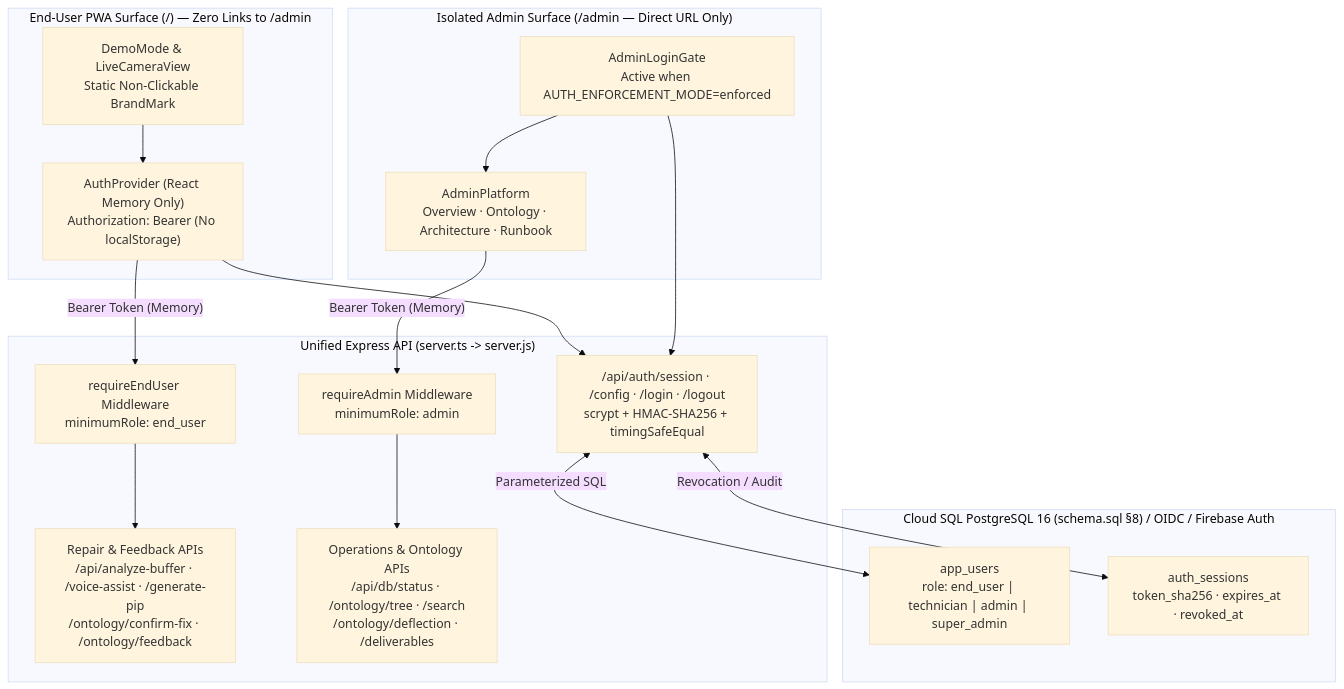
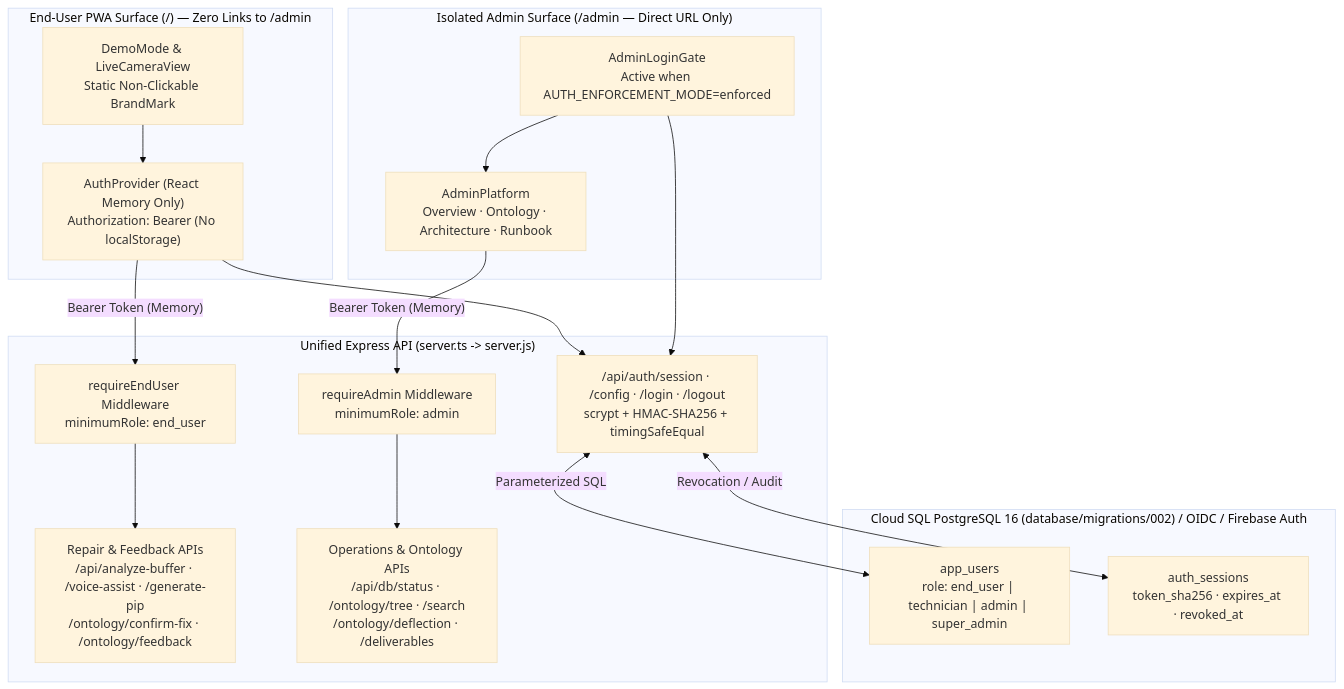
Before and after one commit to ithllc/JackOfAllTrades: the seventh of 8 diagrams in docs/ARCHITECTURE.md, drawn with Mermaid (base theme). The commit also changed other lines of this file and 21 other files, not shown here.

First line of the commit message:
refactor: migrate schema to modularized database directory

````diff
--- a/docs/ARCHITECTURE.md
+++ b/docs/ARCHITECTURE.md
@@ -301,34 +301,34 @@
 ```mermaid
 flowchart TB
     subgraph PublicPWA["End-User PWA Surface (/) — Zero Links to /admin"]
         DEMO_UI["DemoMode & LiveCameraView\nStatic Non-Clickable BrandMark"]
         USER_AUTH["AuthProvider (React Memory Only)\nAuthorization: Bearer (No localStorage)"]
     end
 
     subgraph AdminSurface["Isolated Admin Surface (/admin — Direct URL Only)"]
         ADMIN_GATE["AdminLoginGate\nActive when AUTH_ENFORCEMENT_MODE=enforced"]
         ADMIN_UI["AdminPlatform\nOverview · Ontology · Architecture · Runbook"]
     end
 
     subgraph ExpressRBAC["Unified Express API (server.ts -> server.js)"]
         AUTH_API["/api/auth/session · /config · /login · /logout\nscrypt + HMAC-SHA256 + timingSafeEqual"]
         MW_USER["requireEndUser Middleware\nminimumRole: end_user"]
         MW_ADMIN["requireAdmin Middleware\nminimumRole: admin"]
         USER_ROUTES["Repair & Feedback APIs\n/api/analyze-buffer · /voice-assist · /generate-pip\n/ontology/confirm-fix · /ontology/feedback"]
         ADMIN_ROUTES["Operations & Ontology APIs\n/api/db/status · /ontology/tree · /search\n/ontology/deflection · /deliverables"]
     end
 
-    subgraph IdentityStore["Cloud SQL PostgreSQL 16 (schema.sql §8) / OIDC / Firebase Auth"]
+    subgraph IdentityStore["Cloud SQL PostgreSQL 16 (database/migrations/002) / OIDC / Firebase Auth"]
         USERS["app_users\nrole: end_user | technician | admin | super_admin"]
         SESSIONS["auth_sessions\ntoken_sha256 · expires_at · revoked_at"]
     end
 
     DEMO_UI --> USER_AUTH
     ADMIN_GATE --> ADMIN_UI
     USER_AUTH -->|"Bearer Token (Memory)"| MW_USER --> USER_ROUTES
     ADMIN_UI -->|"Bearer Token (Memory)"| MW_ADMIN --> ADMIN_ROUTES
     USER_AUTH --> AUTH_API
     ADMIN_GATE --> AUTH_API
     AUTH_API <-->|"Parameterized SQL"| USERS
     AUTH_API <-->|"Revocation / Audit"| SESSIONS
 ```
````
